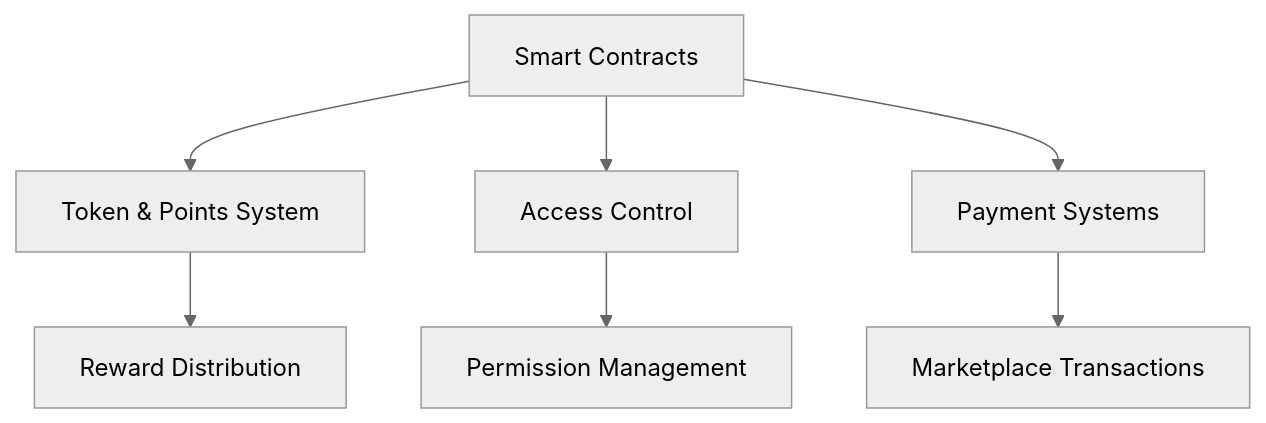
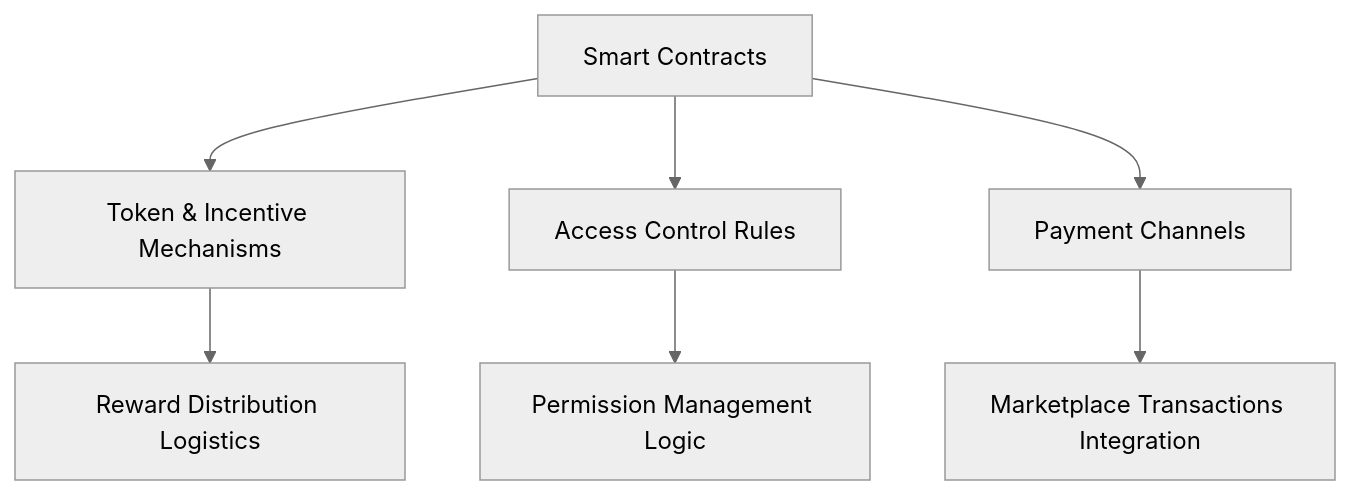
The first of 3 diagrams in technical/architecture.mdx (RivenLSCP/docs), drawn with Mermaid (neutral theme) before and after one commit. The commit also changed other lines of this file and 12 other files, not shown here.

````diff
--- a/technical/architecture.mdx
+++ b/technical/architecture.mdx
@@ -49,9 +47,9 @@
 ```mermaid
 graph TD
-    A[Smart Contracts] --> B[Token & Points System]
-    A --> C[Access Control]
-    A --> D[Payment Systems]
-    B --> E[Reward Distribution]
-    C --> F[Permission Management]
-    D --> G[Marketplace Transactions]
+    A[Smart Contracts] --> B[Token & Incentive Mechanisms]
+    A --> C[Access Control Rules]
+    A --> D[Payment Channels]
+    B --> E[Reward Distribution Logistics]
+    C --> F[Permission Management Logic]
+    D --> G[Marketplace Transactions Integration]
 ```
````
